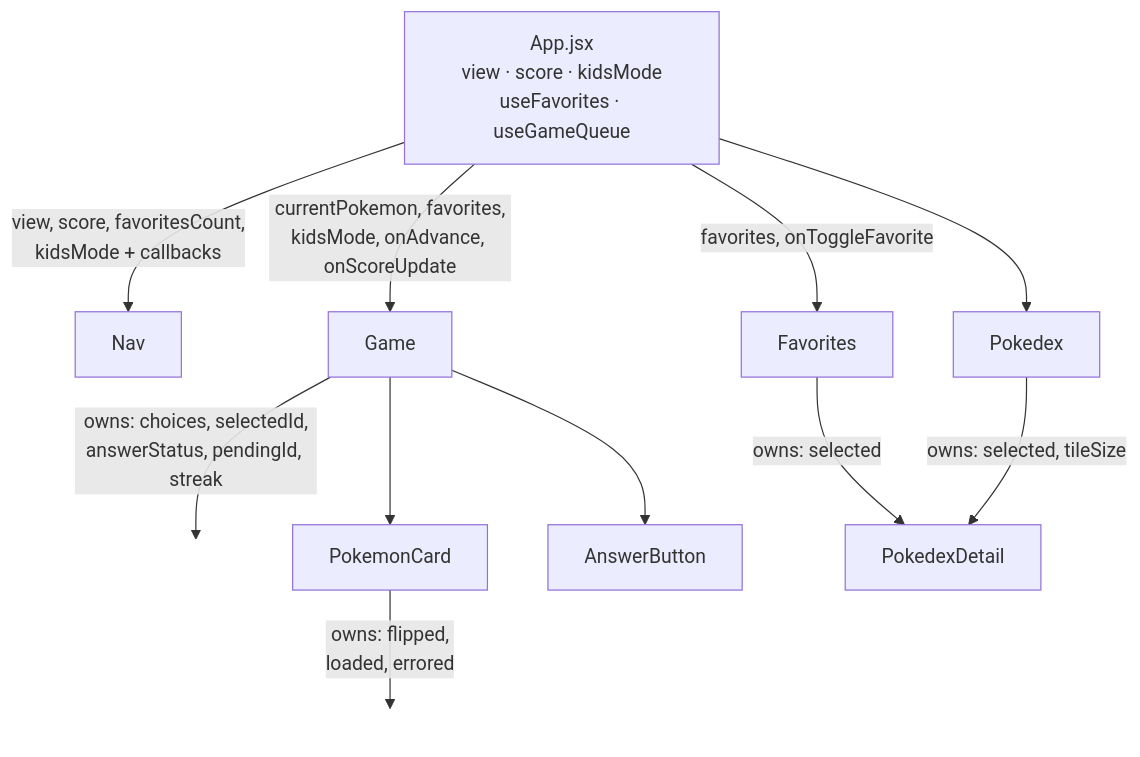
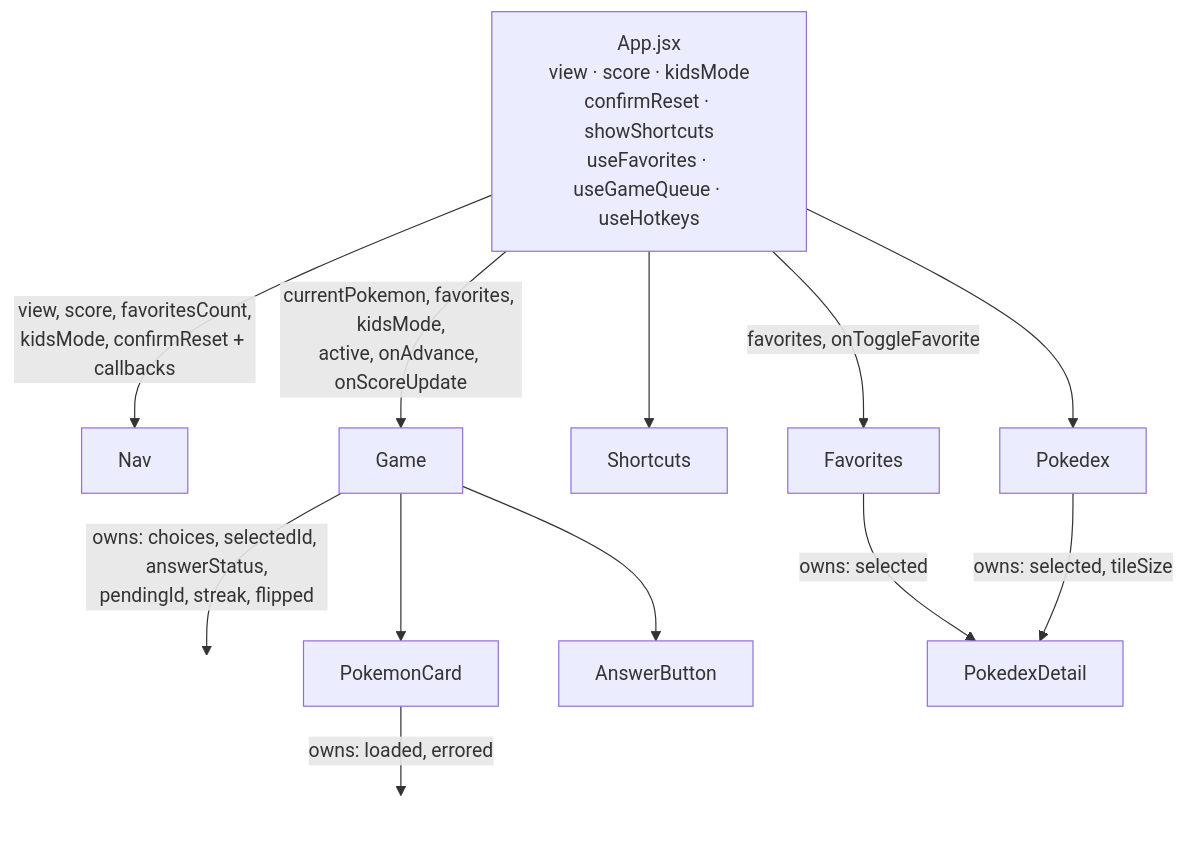
Before and after one commit to shaneo711/pokemon-picker: the first of 2 diagrams in docs/ARCHITECTURE.md, drawn with Mermaid. The commit also changed other lines of this file and 10 other files, not shown here.

````diff
--- a/docs/ARCHITECTURE.md
+++ b/docs/ARCHITECTURE.md
@@ -114,21 +116,22 @@
 ```mermaid
 graph TD
-    App["App.jsx<br/>view · score · kidsMode<br/>useFavorites · useGameQueue"]
+    App["App.jsx<br/>view · score · kidsMode<br/>confirmReset · showShortcuts<br/>useFavorites · useGameQueue · useHotkeys"]
 
-    App -->|view, score, favoritesCount,<br/>kidsMode + callbacks| Nav
-    App -->|currentPokemon, favorites,<br/>kidsMode, onAdvance, onScoreUpdate| Game
+    App -->|view, score, favoritesCount,<br/>kidsMode, confirmReset + callbacks| Nav
+    App -->|currentPokemon, favorites, kidsMode,<br/>active, onAdvance, onScoreUpdate| Game
+    App --> Shortcuts
     App -->|favorites, onToggleFavorite| Favorites
     App --> Pokedex
 
-    Game -->|owns: choices, selectedId,<br/>answerStatus, pendingId, streak| GameState[" "]
+    Game -->|owns: choices, selectedId, answerStatus,<br/>pendingId, streak, flipped| GameState[" "]
     Game --> PokemonCard
     Game --> AnswerButton
 
-    PokemonCard -->|owns: flipped,<br/>loaded, errored| CardState[" "]
+    PokemonCard -->|owns: loaded, errored| CardState[" "]
 
     Favorites -->|owns: selected| PokedexDetail
     Pokedex -->|owns: selected, tileSize| PokedexDetail
 
     style GameState fill:none,stroke:none
     style CardState fill:none,stroke:none
 ```
````
